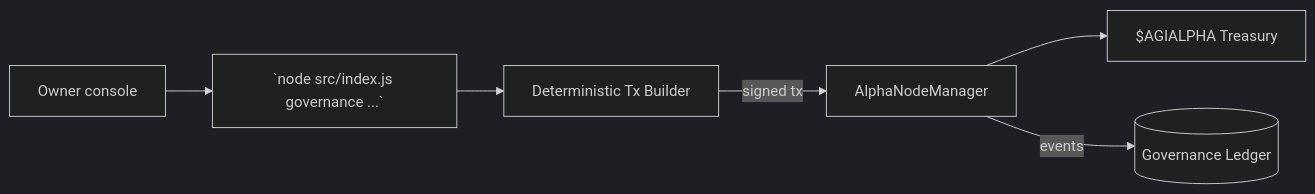
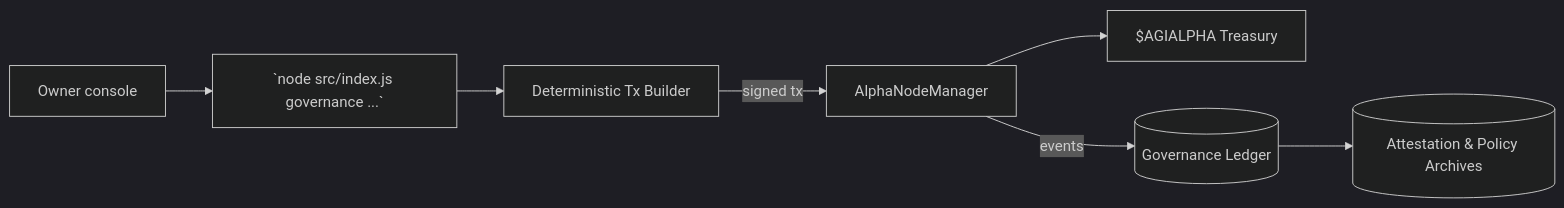
Before and after one commit to MontrealAI/AGI-Alpha-Node-v0: the second of 6 diagrams in docs/ens-identity-and-node-attestation-v0.0.1-alpha.md, drawn with Mermaid (dark theme). The commit also changed other lines of this file, not shown here.

Commit message:
docs: expand ens attestation hyperspec governance controls

````diff
--- a/docs/ens-identity-and-node-attestation-v0.0.1-alpha.md
+++ b/docs/ens-identity-and-node-attestation-v0.0.1-alpha.md
@@ -160,12 +163,14 @@
 ```mermaid
 flowchart LR
   OwnerConsole[Owner console]
   GovernanceCLI[`node src/index.js governance ...`]
   Builder[Deterministic Tx Builder]
   Ledger[AlphaNodeManager]
   Treasury[$AGIALPHA Treasury]
+  LedgerMirror[(Governance Ledger)]
 
   OwnerConsole --> GovernanceCLI --> Builder
   Builder -->|signed tx| Ledger --> Treasury
-  Ledger -->|events| Observability[(Governance Ledger)]
+  Ledger -->|events| LedgerMirror
+  LedgerMirror --> Observability[(Attestation & Policy Archives)]
 ```
````
